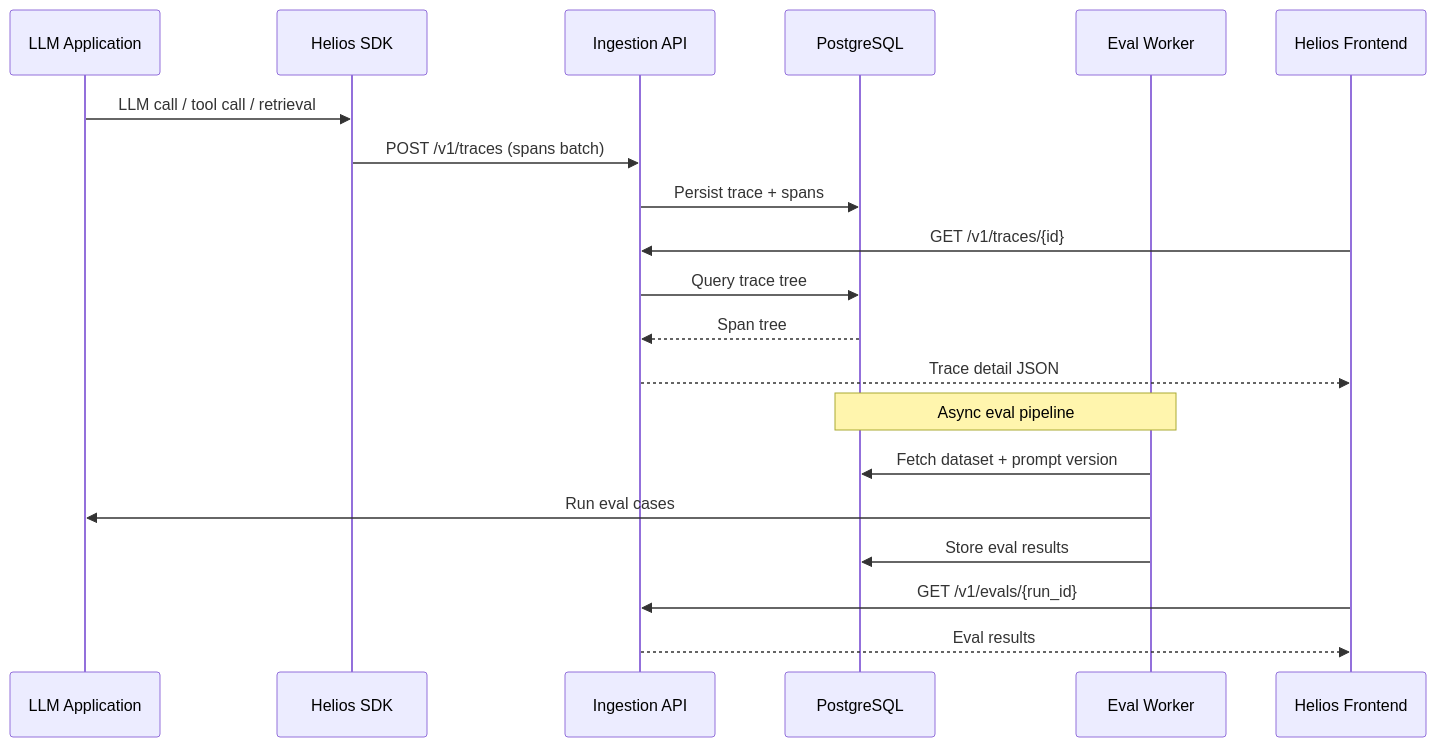
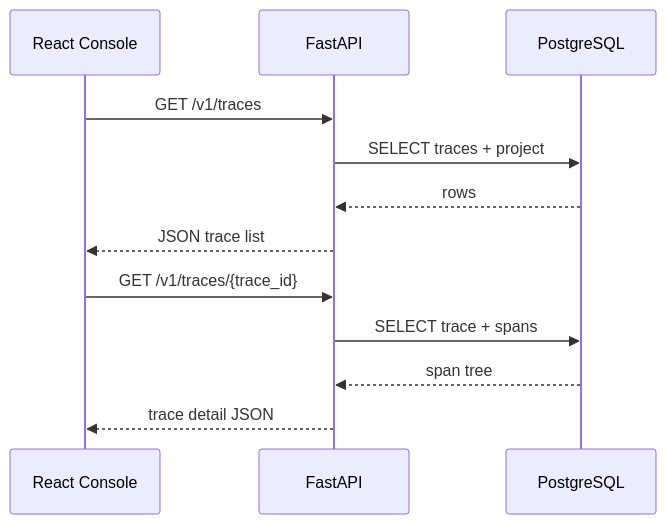
The second of 5 diagrams in docs/ARCHITECTURE.md (Roshan3580/Helios), drawn with Mermaid before and after one commit. The commit also changed other lines of this file and 3 other files, not shown here.

````diff
--- a/docs/ARCHITECTURE.md
+++ b/docs/ARCHITECTURE.md
@@ -83,24 +107,16 @@
 ```mermaid
 sequenceDiagram
-    participant App as LLM Application
-    participant SDK as Helios SDK
-    participant API as Ingestion API
+    participant Browser as React Console
+    participant API as FastAPI
     participant DB as PostgreSQL
-    participant Worker as Eval Worker
-    participant UI as Helios Frontend
 
-    App->>SDK: LLM call / tool call / retrieval
-    SDK->>API: POST /v1/traces (spans batch)
-    API->>DB: Persist trace + spans
-    UI->>API: GET /v1/traces/{id}
-    API->>DB: Query trace tree
-    DB-->>API: Span tree
-    API-->>UI: Trace detail JSON
+    Browser->>API: GET /v1/traces
+    API->>DB: SELECT traces + project
+    DB-->>API: rows
+    API-->>Browser: JSON trace list
 
-    Note over Worker,DB: Async eval pipeline
-    Worker->>DB: Fetch dataset + prompt version
-    Worker->>App: Run eval cases
-    Worker->>DB: Store eval results
-    UI->>API: GET /v1/evals/{run_id}
-    API-->>UI: Eval results
+    Browser->>API: GET /v1/traces/{trace_id}
+    API->>DB: SELECT trace + spans
+    DB-->>API: span tree
+    API-->>Browser: trace detail JSON
 ```
````
